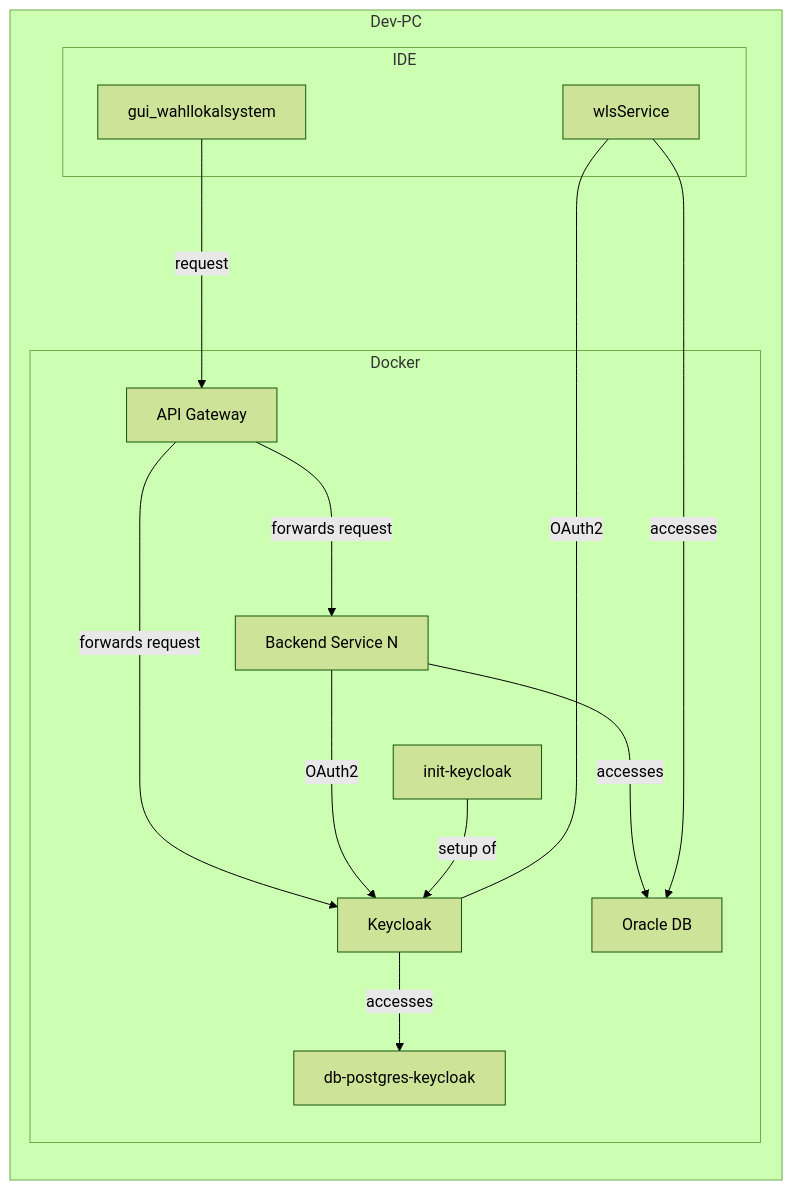
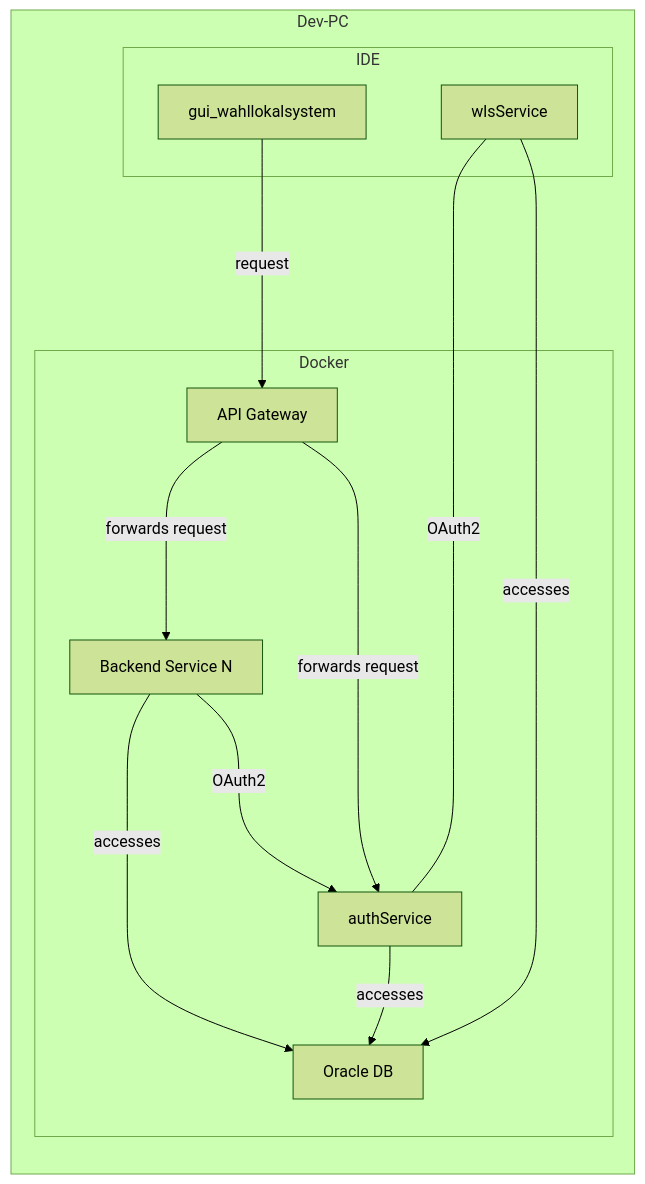
One commit to it-at-m/Wahllokalsystem changed the diagram in docs/src/technik/development/index.md. Above: the diagram before and after it, drawn with Mermaid (forest theme).

Commit message:
remove keycloak from communication diagram

````diff
--- a/docs/src/technik/development/index.md
+++ b/docs/src/technik/development/index.md
@@ -5,33 +5,30 @@
 ```mermaid
 flowchart LR
     
     subgraph Dev-PC 
         subgraph IDE 
             wlsService
             frontend_gui[gui_wahllokalsystem]
         end
         
         subgraph Docker 
-            keycloak[Keycloak]
-            keycloakDB[db-postgres-keycloak]
-            keycloakInit[init-keycloak]
+            authService
             oracleDB[Oracle DB]
             apiGateway[API Gateway]
             backendServiceN[Backend Service N]
         end
 
-        apiGateway --->|forwards request| keycloak
         apiGateway --->|forwards request| backendServiceN
+        apiGateway --->|forwards request| authService
 
         backendServiceN --->|accesses| oracleDB
-        backendServiceN --->|OAuth2| keycloak
+        backendServiceN --->|OAuth2| authService
 
         frontend_gui --->|request| apiGateway
 
-        keycloak-->|accesses| keycloakDB
-        keycloakInit-->|setup of| keycloak
+        authService-->|accesses| oracleDB
 
-        wlsService ---|OAuth2| keycloak
+        wlsService ---|OAuth2| authService
         wlsService --->|accesses|oracleDB
     end
 ```
````
